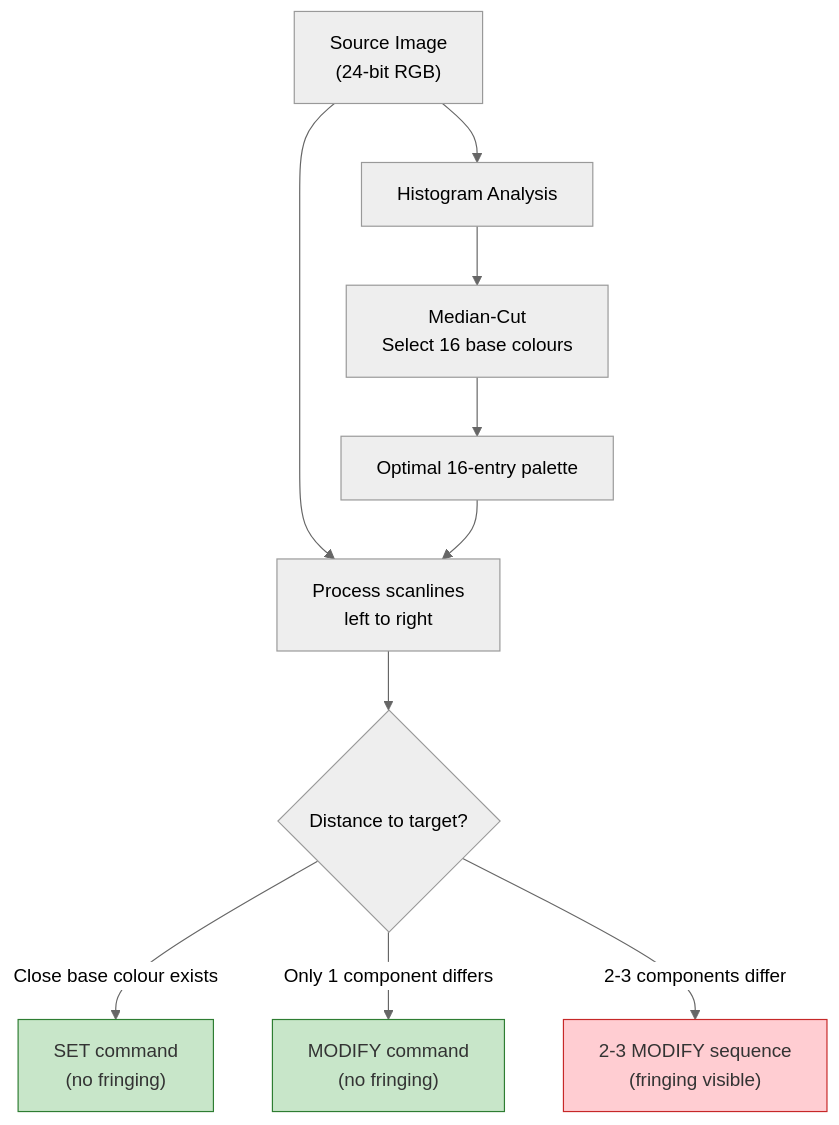
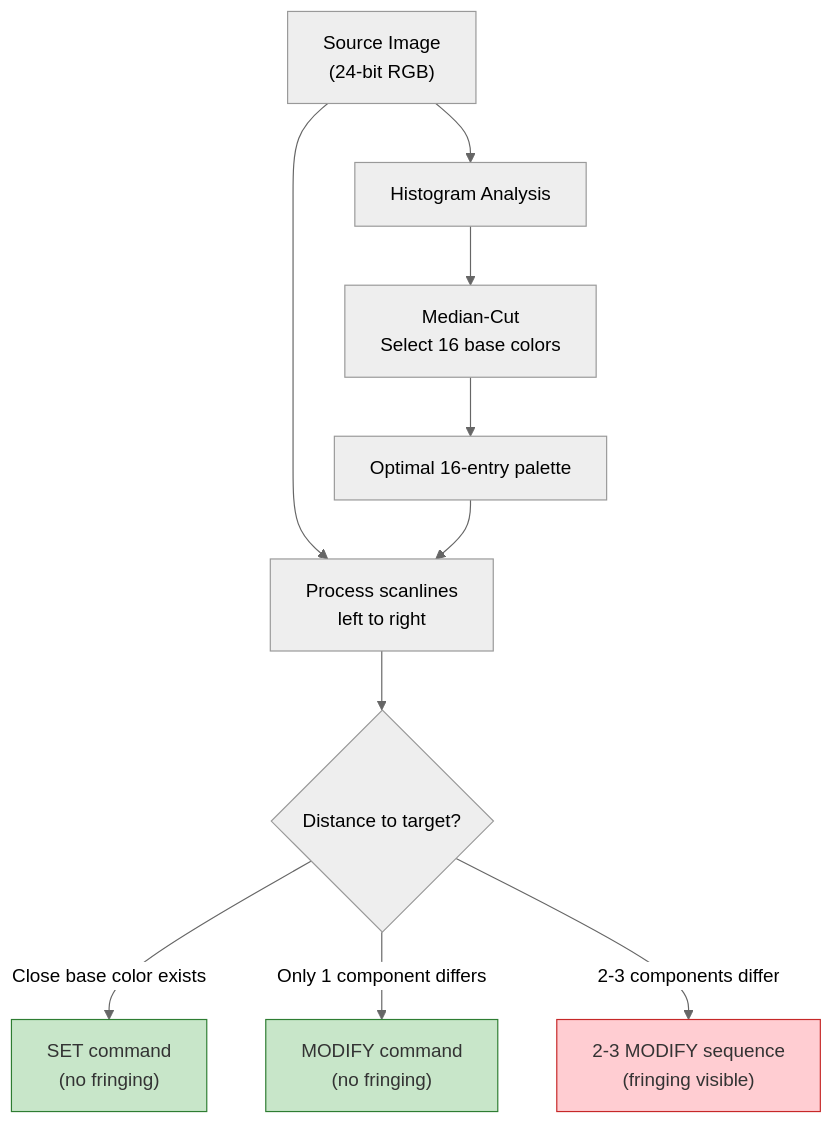
Before and after one commit to alfishe/amiga-bootcamp: the fifth of 6 diagrams in 08_graphics/ham_ehb_modes.md, drawn with Mermaid (neutral theme). The commit also changed other lines of this file and 89 other files, not shown here.

````diff
--- a/08_graphics/ham_ehb_modes.md
+++ b/08_graphics/ham_ehb_modes.md
@@ -160,18 +160,18 @@
 ```mermaid
 flowchart TD
     IMG["Source Image<br/>(24-bit RGB)"] --> HIST["Histogram Analysis"]
-    HIST --> MEDCUT["Median-Cut<br/>Select 16 base colours"]
+    HIST --> MEDCUT["Median-Cut<br/>Select 16 base colors"]
     MEDCUT --> PAL["Optimal 16-entry palette"]
 
     IMG --> SCAN["Process scanlines<br/>left to right"]
     PAL --> SCAN
 
     SCAN --> DECIDE{"Distance to target?"}
-    DECIDE -->|"Close base colour exists"| SET["SET command<br/>(no fringing)"]
+    DECIDE -->|"Close base color exists"| SET["SET command<br/>(no fringing)"]
     DECIDE -->|"Only 1 component differs"| MOD["MODIFY command<br/>(no fringing)"]
     DECIDE -->|"2-3 components differ"| FRINGE["2-3 MODIFY sequence<br/>(fringing visible)"]
 
     style FRINGE fill:#ffcdd2,stroke:#c62828,color:#333
     style SET fill:#c8e6c9,stroke:#2e7d32,color:#333
     style MOD fill:#c8e6c9,stroke:#2e7d32,color:#333
 ```
````
